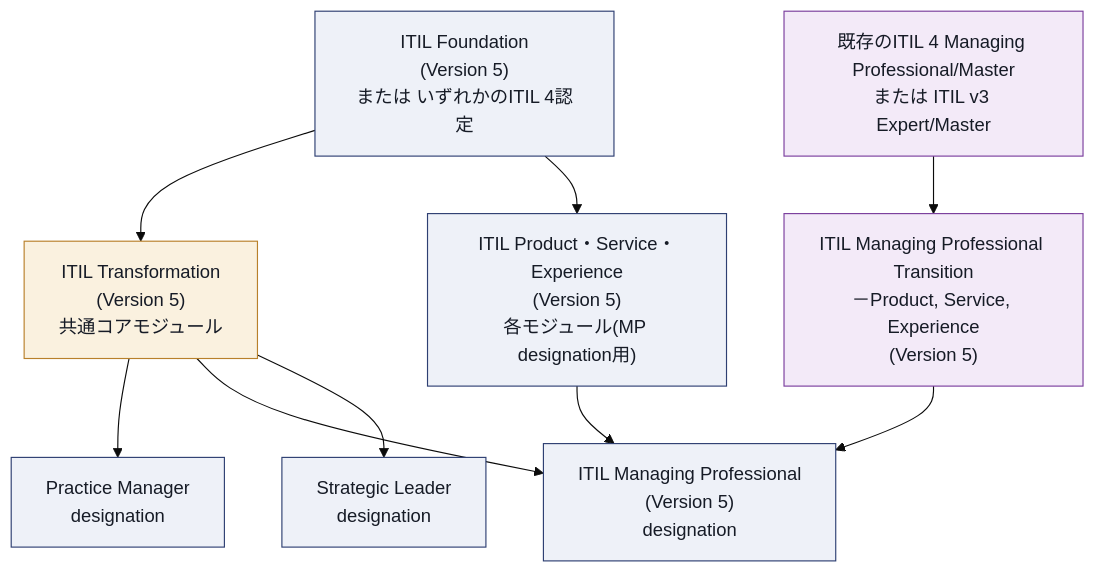
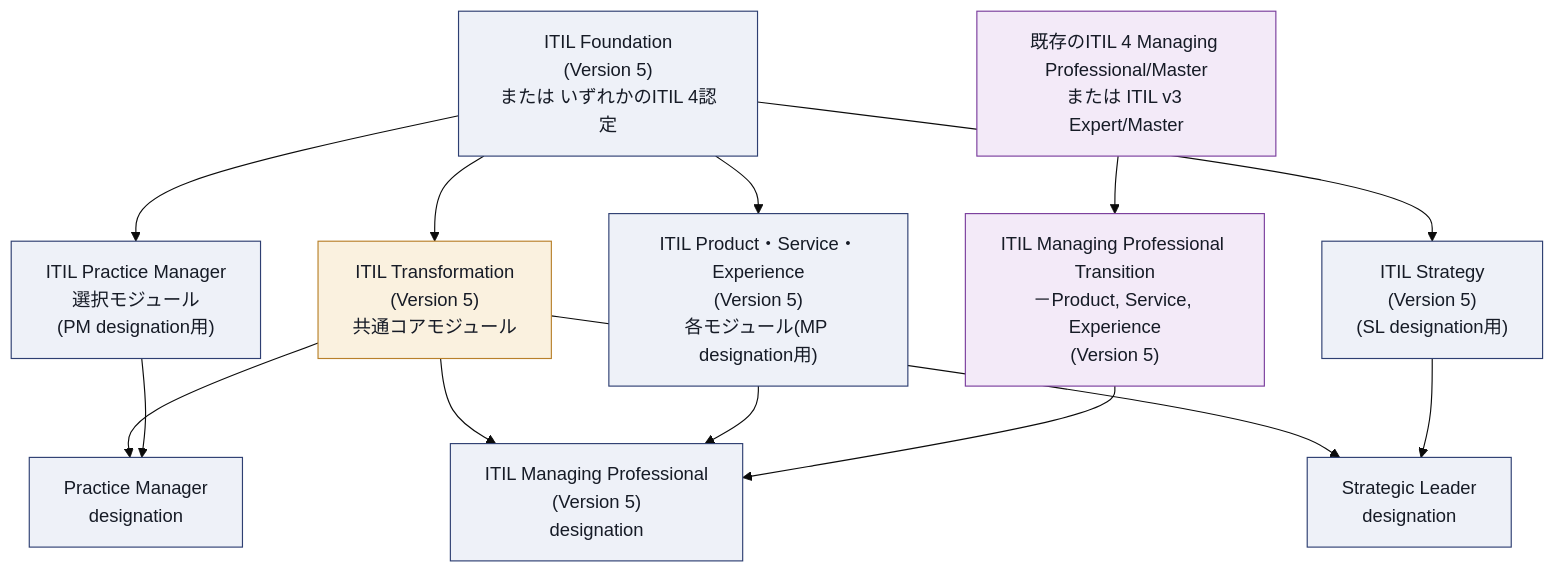
Before and after one commit to myoshi2891/Management-Team-Building-Studies: the first of 15 diagrams in Itil-transformation-v5-study-guide.md, drawn with Mermaid (base theme). The commit also changed 1 other file, not shown here.

Commit message:
docs(itil): update certification paths and clarify Service Value Chain continuity

````diff
--- a/Itil-transformation-v5-study-guide.md
+++ b/Itil-transformation-v5-study-guide.md
@@ -77,20 +77,24 @@
 ```mermaid
 flowchart TD
     F["ITIL Foundation<br/>(Version 5)<br/>または いずれかのITIL 4認定"] --> T["ITIL Transformation<br/>(Version 5)<br/>共通コアモジュール"]
     F --> PSE["ITIL Product・Service・Experience<br/>(Version 5)<br/>各モジュール(MP designation用)"]
+    F --> PMM["ITIL Practice Manager<br/>選択モジュール<br/>(PM designation用)"]
+    F --> STRAT["ITIL Strategy<br/>(Version 5)<br/>(SL designation用)"]
     T --> PM["Practice Manager<br/>designation"]
+    PMM --> PM
     T --> MP["ITIL Managing Professional<br/>(Version 5)<br/>designation"]
     PSE --> MP
     T --> SL["Strategic Leader<br/>designation"]
+    STRAT --> SL
 
     EXIST["既存のITIL 4 Managing Professional/Master<br/>または ITIL v3 Expert/Master"] --> MPT["ITIL Managing Professional Transition<br/>－Product, Service, Experience<br/>(Version 5)"]
     MPT --> MP
 
     classDef box fill:#EEF1F8,stroke:#2E3F72,color:#161B26
     classDef hub fill:#FAF1DF,stroke:#B8802A,color:#161B26
     classDef alt fill:#F3EAF8,stroke:#7A3E9D,color:#161B26
-    class F,PSE box
+    class F,PSE,PMM,STRAT box
     class T hub
     class PM,MP,SL box
     class EXIST,MPT alt
 ```
````
